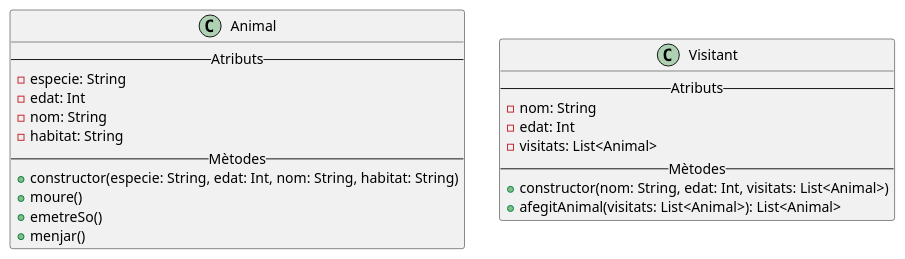
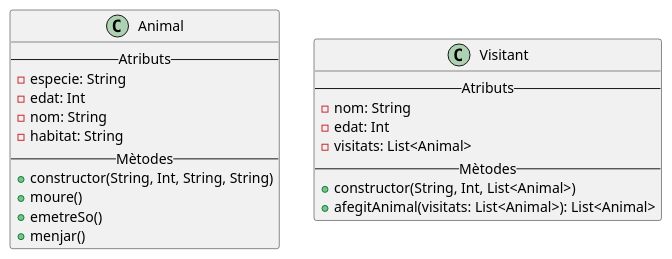
Before and after one commit to Dani-Alarcon/M5-A08-Disseny-de-diagrames-Classes-Dani-Alarcon: the diagram in src/main/kotlin/uml/Exercici2-ZooBarcelona.puml, drawn with PlantUML. The commit also changed 4 other files, not shown here.

```diff
--- a/src/main/kotlin/uml/Exercici2-ZooBarcelona.puml
+++ b/src/main/kotlin/uml/Exercici2-ZooBarcelona.puml
@@ -1,27 +1,27 @@
 @startuml
 'https://plantuml.com/class-diagram
 
 class Animal {
     -- Atributs --
     - especie: String
     - edat: Int
     - nom: String
     - habitat: String
     -- Mètodes --
-    + constructor(especie: String, edat: Int, nom: String, habitat: String)
+    + constructor(String, Int, String, String)
     + moure()
     + emetreSo()
     + menjar()
 }
 
 class Visitant {
     -- Atributs --
     - nom: String
     - edat: Int
     - visitats: List<Animal>
     -- Mètodes --
-    + constructor(nom: String, edat: Int, visitats: List<Animal>)
+    + constructor(String, Int, List<Animal>)
     + afegitAnimal(visitats: List<Animal>): List<Animal>
 }
 
 @enduml
```
